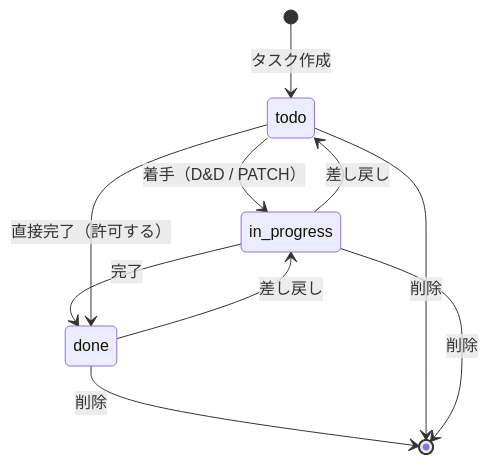
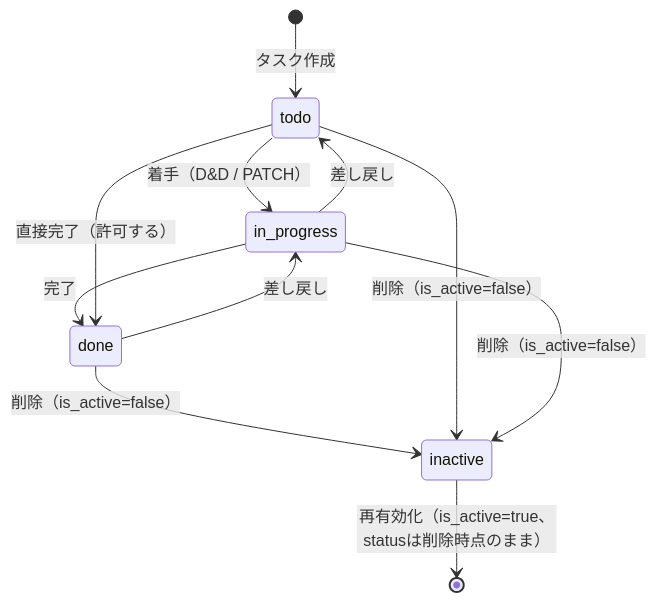
Before and after one commit to oikawa-d/task_management: the second of 6 diagrams in basic_design/01_database.md, drawn with Mermaid. The commit also changed other lines of this file and 25 other files, not shown here.

````diff
--- a/basic_design/01_database.md
+++ b/basic_design/01_database.md
@@ -377,12 +394,13 @@
 ```mermaid
 stateDiagram-v2
     [*] --> todo: タスク作成
     todo --> in_progress: 着手（D&D / PATCH）
     in_progress --> done: 完了
     done --> in_progress: 差し戻し
     in_progress --> todo: 差し戻し
     todo --> done: 直接完了（許可する）
-    done --> [*]: 削除
-    todo --> [*]: 削除
-    in_progress --> [*]: 削除
+    done --> inactive: 削除（is_active=false）
+    todo --> inactive: 削除（is_active=false）
+    in_progress --> inactive: 削除（is_active=false）
+    inactive --> [*]: 再有効化（is_active=true、statusは削除時点のまま）
 ```
````
